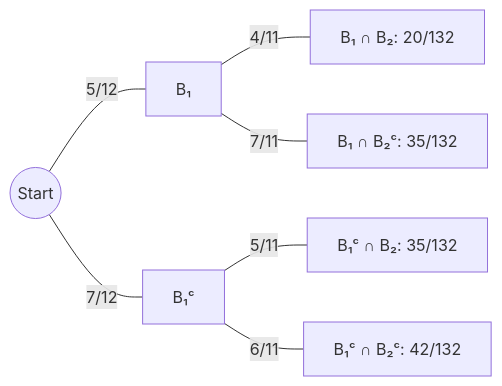
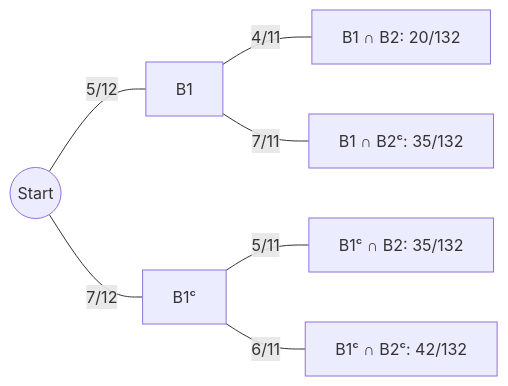
Before and after one commit to Choroning/25Fall_Discrete-Mathematics: the ninth of 10 diagrams in Lecture-Notes/Ch09_Counting-and-Probability/Concepts_Lecture.md, drawn with Mermaid. The commit also changed other lines of this file and 37 other files, not shown here.

````diff
--- a/Lecture-Notes/Ch09_Counting-and-Probability/Concepts_Lecture.md
+++ b/Lecture-Notes/Ch09_Counting-and-Probability/Concepts_Lecture.md
@@ -1576,9 +1578,9 @@
 ```mermaid
 graph LR
-    S(("Start")) ---|"5/12"| B1["B₁"]
-    S ---|"7/12"| N1["B₁ᶜ"]
-    B1 ---|"4/11"| L1["B₁ ∩ B₂: 20/132"]
-    B1 ---|"7/11"| L2["B₁ ∩ B₂ᶜ: 35/132"]
-    N1 ---|"5/11"| L3["B₁ᶜ ∩ B₂: 35/132"]
-    N1 ---|"6/11"| L4["B₁ᶜ ∩ B₂ᶜ: 42/132"]
+    S(("Start")) ---|"5/12"| B1["B1"]
+    S ---|"7/12"| N1["B1ᶜ"]
+    B1 ---|"4/11"| L1["B1 ∩ B2: 20/132"]
+    B1 ---|"7/11"| L2["B1 ∩ B2ᶜ: 35/132"]
+    N1 ---|"5/11"| L3["B1ᶜ ∩ B2: 35/132"]
+    N1 ---|"6/11"| L4["B1ᶜ ∩ B2ᶜ: 42/132"]
 ```
````
